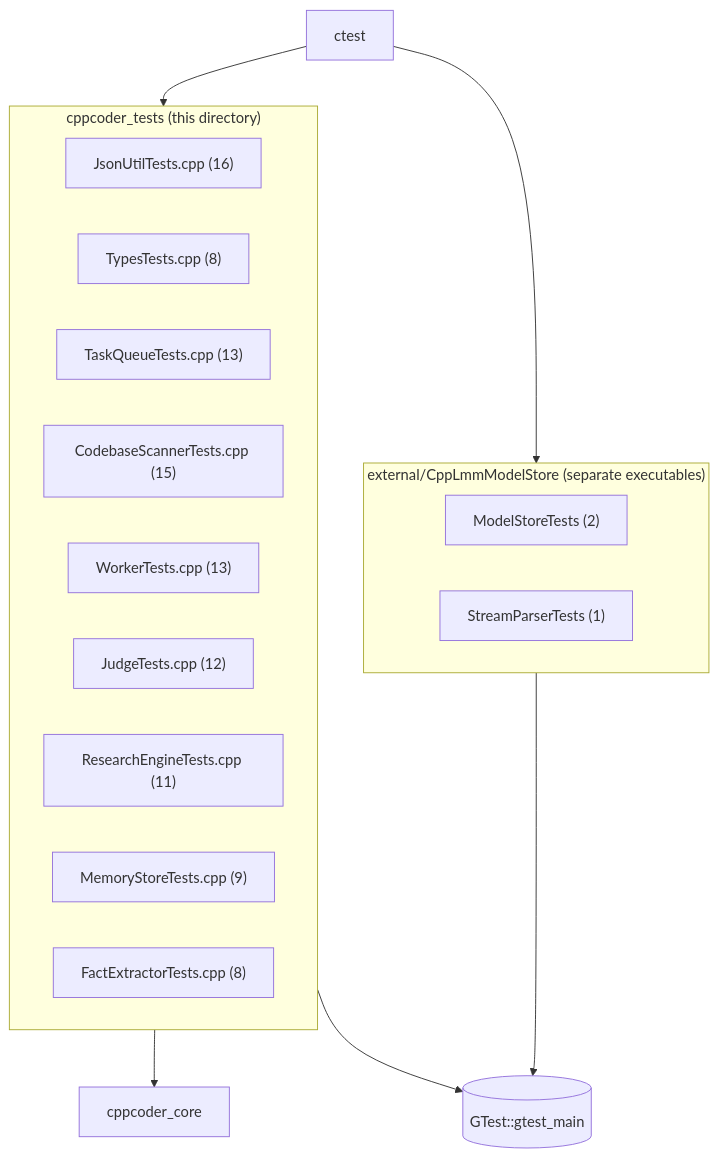
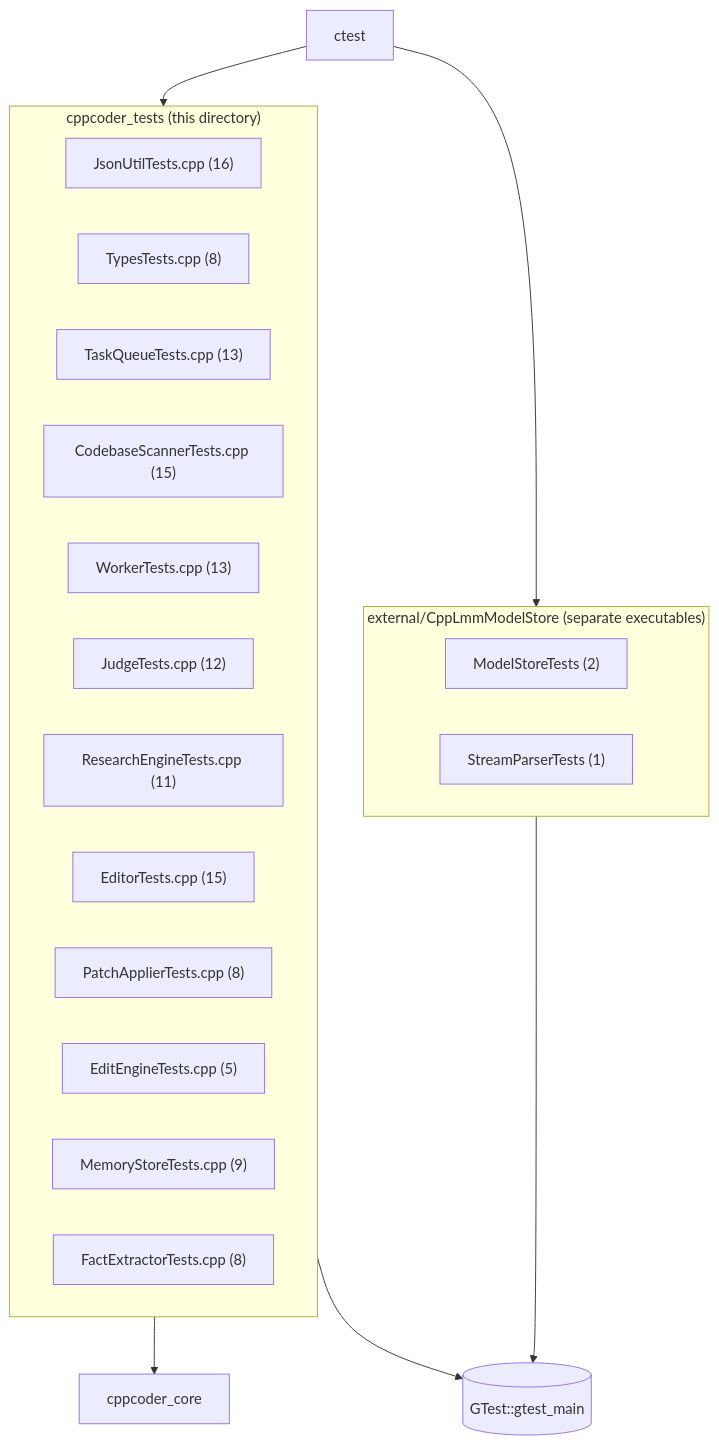
One commit to cschladetsch/CppCoder changed the diagram in tests/README.md. Above: the diagram before and after it, drawn with Mermaid. The commit also changed other lines of this file and 18 other files, not shown here.

````diff
--- a/tests/README.md
+++ b/tests/README.md
@@ -38,25 +41,28 @@
 ```mermaid
 flowchart TD
     subgraph exe["cppcoder_tests (this directory)"]
         JsonUtilTests["JsonUtilTests.cpp (16)"]
         TypesTests["TypesTests.cpp (8)"]
         TaskQueueTests["TaskQueueTests.cpp (13)"]
         CodebaseScannerTests["CodebaseScannerTests.cpp (15)"]
         WorkerTests["WorkerTests.cpp (13)"]
         JudgeTests["JudgeTests.cpp (12)"]
         ResearchEngineTests["ResearchEngineTests.cpp (11)"]
+        EditorTests["EditorTests.cpp (15)"]
+        PatchApplierTests["PatchApplierTests.cpp (8)"]
+        EditEngineTests["EditEngineTests.cpp (5)"]
         MemoryStoreTests["MemoryStoreTests.cpp (9)"]
         FactExtractorTests["FactExtractorTests.cpp (8)"]
     end
     exe --> cppcoder_core
     exe --> GTest[("GTest::gtest_main")]
 
     subgraph submodule["external/CppLmmModelStore (separate executables)"]
         ModelStoreTests["ModelStoreTests (2)"]
         StreamParserTests["StreamParserTests (1)"]
     end
     submodule --> GTest
 
     ctest["ctest"] --> exe
     ctest --> submodule
 ```
````
